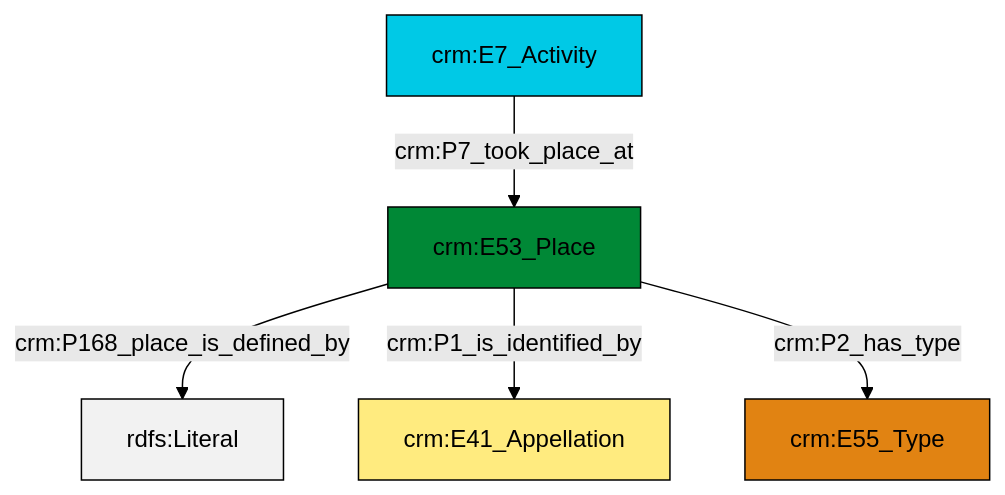
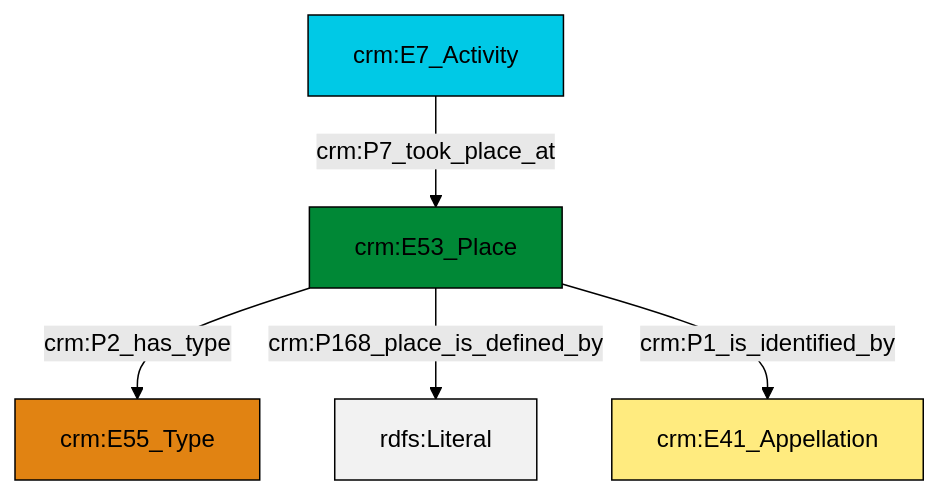
One commit to swiss-art-research-net/docs.swissartresearch changed the diagram in et/eventCSV/ttl/mmd/event_location.ttl.mmd. Above: the diagram before and after it, drawn with Mermaid (forest theme). The commit also changed 179 other files, not shown here.

```diff
--- a/et/eventCSV/ttl/mmd/event_location.ttl.mmd
+++ b/et/eventCSV/ttl/mmd/event_location.ttl.mmd
@@ -1,19 +1,19 @@
 graph TD
 classDef Literal fill:#f2f2f2,stroke:#000000;
 classDef CRM_Entity fill:#FFFFFF,stroke:#000000;
 classDef Temporal_Entity fill:#00C9E6, stroke:#000000;
 classDef Type fill:#E18312, stroke:#000000;
 classDef Time-Span fill:#2C9C91, stroke:#000000;
 classDef Appellation fill:#FFEB7F, stroke:#000000;
 classDef Place fill:#008836, stroke:#000000;
 classDef Persistent_Item fill:#B266B2, stroke:#000000;
 classDef Conceptual_Object fill:#FFD700, stroke:#000000;
 classDef Physical_Thing fill:#D2B48C, stroke:#000000;
 classDef Actor fill:#f58aad, stroke:#000000;
 classDef PC_Classes fill:#4ce600, stroke:#000000;
 classDef Multi fill:#cccccc,stroke:#000000;
 
-0["crm:E53_Place"]:::Place -->|crm:P168_place_is_defined_by| 1[rdfs:Literal]:::Literal
-5["crm:E7_Activity"]:::Temporal_Entity -->|crm:P7_took_place_at| 0["crm:E53_Place"]:::Place
-0["crm:E53_Place"]:::Place -->|crm:P1_is_identified_by| 3["crm:E41_Appellation"]:::Appellation
-0["crm:E53_Place"]:::Place -->|crm:P2_has_type| 6["crm:E55_Type"]:::Type
+4["crm:E53_Place"]:::Place -->|crm:P2_has_type| 5["crm:E55_Type"]:::Type
+4["crm:E53_Place"]:::Place -->|crm:P168_place_is_defined_by| 8[rdfs:Literal]:::Literal
+4["crm:E53_Place"]:::Place -->|crm:P1_is_identified_by| 2["crm:E41_Appellation"]:::Appellation
+0["crm:E7_Activity"]:::Temporal_Entity -->|crm:P7_took_place_at| 4["crm:E53_Place"]:::Place
```
